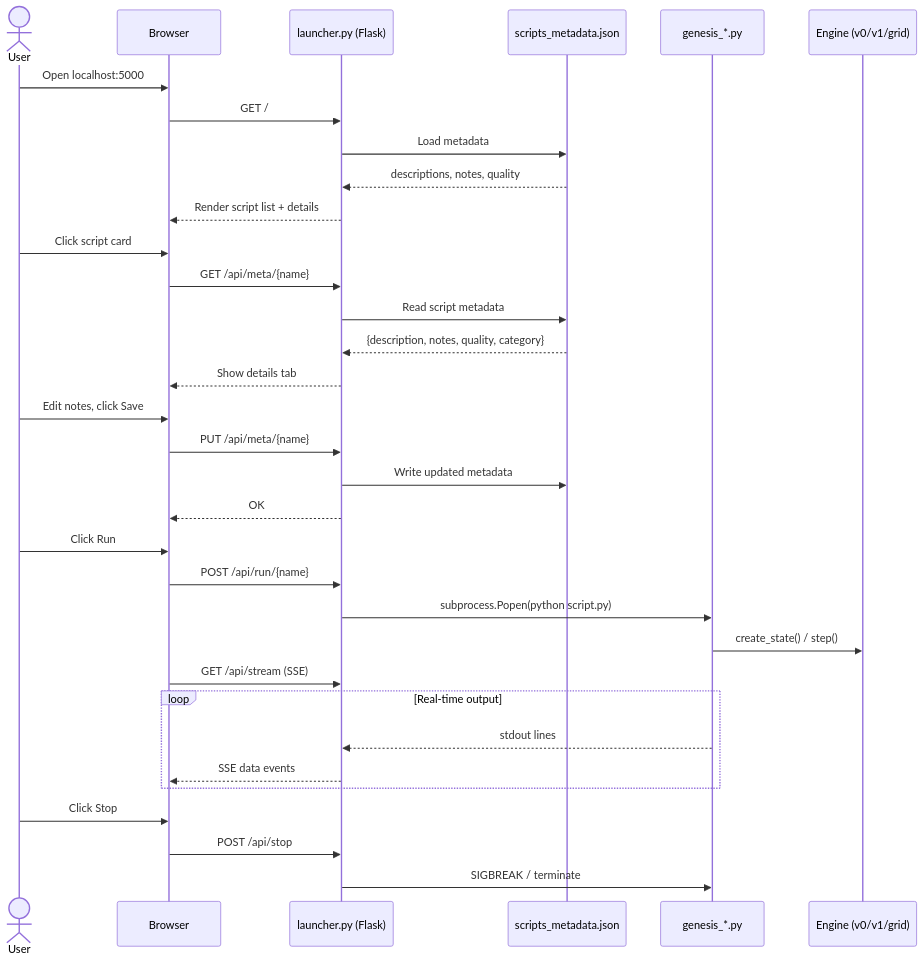
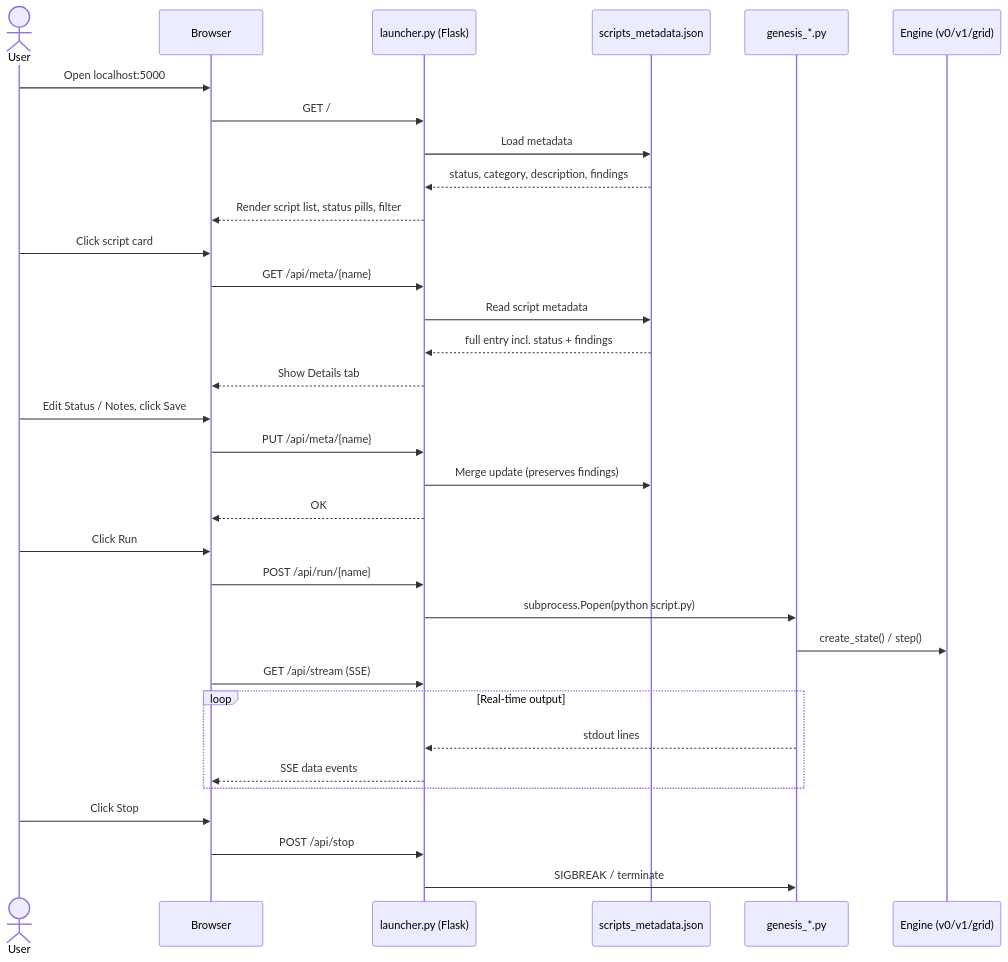
The third of 3 diagrams in architecture.md (Joshua-900/Genesis-Scheme-Simulator), drawn with Mermaid before and after one commit. The commit also changed other lines of this file and 16 other files, not shown here.

````diff
--- a/architecture.md
+++ b/architecture.md
@@ -188,39 +184,39 @@
 ```mermaid
 sequenceDiagram
     actor User
     participant Browser
     participant Launcher as launcher.py (Flask)
     participant JSON as scripts_metadata.json
     participant Script as genesis_*.py
     participant Engine as Engine (v0/v1/grid)
 
     User->>Browser: Open localhost:5000
     Browser->>Launcher: GET /
     Launcher->>JSON: Load metadata
-    JSON-->>Launcher: descriptions, notes, quality
-    Launcher-->>Browser: Render script list + details
+    JSON-->>Launcher: status, category, description, findings
+    Launcher-->>Browser: Render script list, status pills, filter
 
     User->>Browser: Click script card
     Browser->>Launcher: GET /api/meta/{name}
     Launcher->>JSON: Read script metadata
-    JSON-->>Launcher: {description, notes, quality, category}
-    Launcher-->>Browser: Show details tab
+    JSON-->>Launcher: full entry incl. status + findings
+    Launcher-->>Browser: Show Details tab
 
-    User->>Browser: Edit notes, click Save
+    User->>Browser: Edit Status / Notes, click Save
     Browser->>Launcher: PUT /api/meta/{name}
-    Launcher->>JSON: Write updated metadata
+    Launcher->>JSON: Merge update (preserves findings)
     Launcher-->>Browser: OK
 
     User->>Browser: Click Run
     Browser->>Launcher: POST /api/run/{name}
     Launcher->>Script: subprocess.Popen(python script.py)
     Script->>Engine: create_state() / step()
     Browser->>Launcher: GET /api/stream (SSE)
     loop Real-time output
         Script-->>Launcher: stdout lines
         Launcher-->>Browser: SSE data events
     end
     User->>Browser: Click Stop
     Browser->>Launcher: POST /api/stop
     Launcher->>Script: SIGBREAK / terminate
 ```
````
